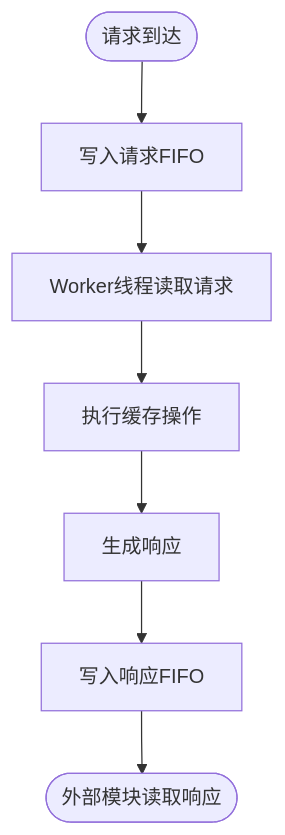
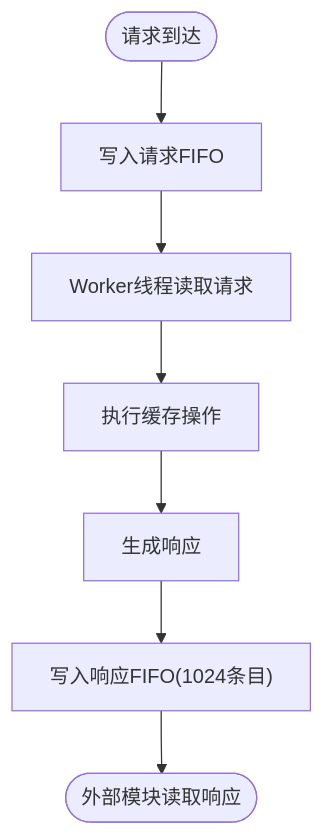
The sixth of 11 diagrams in .qoder/repowiki/zh/content/缓存系统/缓存子系统概览.md (jiangjiang1122/iommu_model_20260401_v1), drawn with Mermaid before and after one commit. The commit also changed other lines of this file and 159 other files, not shown here.

Commit message:
chore: 更新知识库文档 + 新增PTW并发分析图表与数据文件

````diff
--- a/.qoder/repowiki/zh/content/缓存系统/缓存子系统概览.md
+++ b/.qoder/repowiki/zh/content/缓存系统/缓存子系统概览.md
@@ -331,9 +373,9 @@
 ```mermaid
 flowchart TD
 Start(["请求到达"]) --> ReqFIFO["写入请求FIFO"]
 ReqFIFO --> Worker["Worker线程读取请求"]
 Worker --> Exec["执行缓存操作"]
 Exec --> Resp["生成响应"]
-Resp --> RespFIFO["写入响应FIFO"]
+Resp --> RespFIFO["写入响应FIFO(1024条目)"]
 RespFIFO --> End(["外部模块读取响应"])
 ```
````
